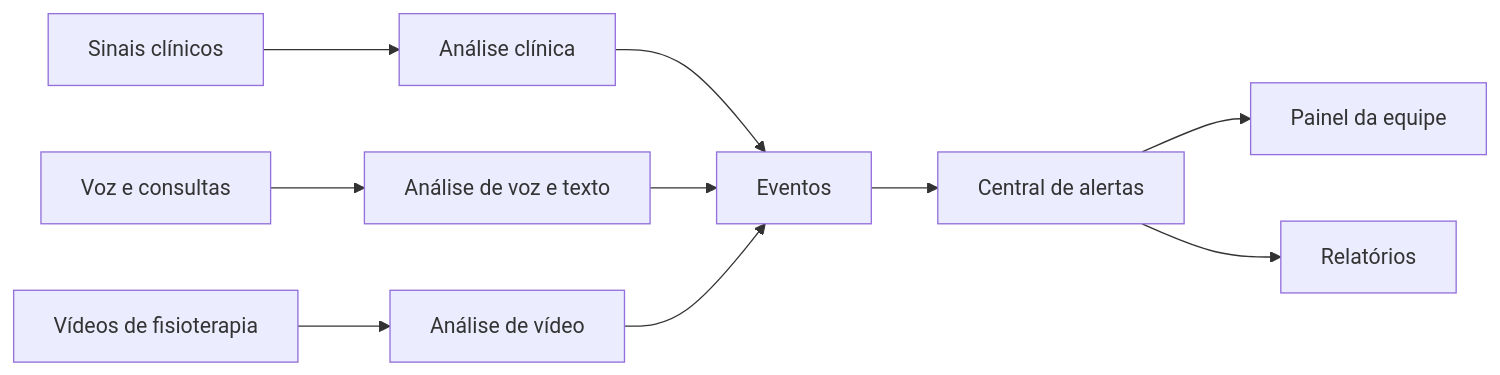
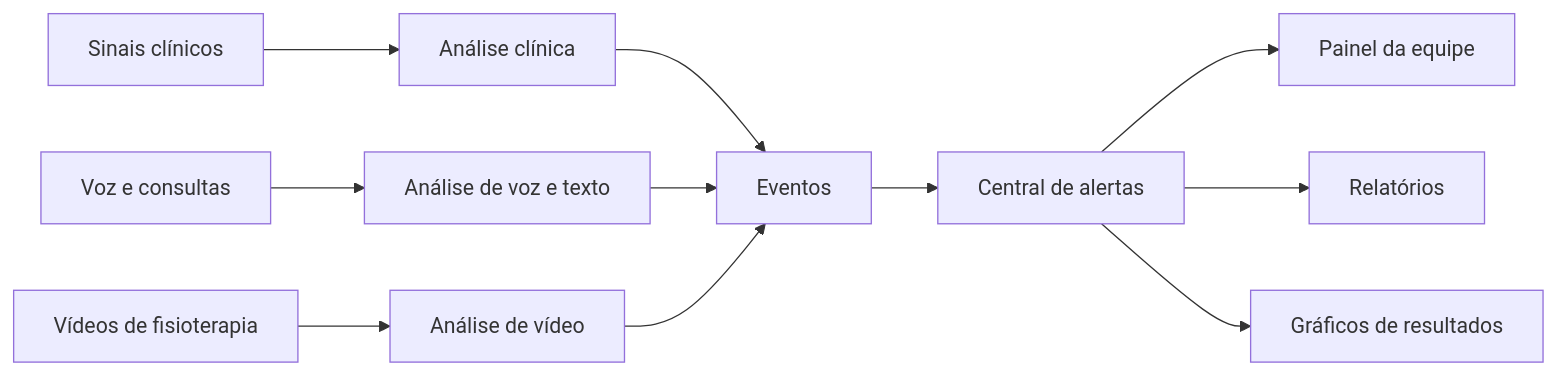
Before and after one commit to BrunoAkira/IA-Multimodal-Hospital: the first of 6 diagrams in ARCHITECTURE.md, drawn with Mermaid. The commit also changed other lines of this file and 4 other files, not shown here.

````diff
--- a/ARCHITECTURE.md
+++ b/ARCHITECTURE.md
@@ -14,12 +14,13 @@
 ```mermaid
 flowchart LR
     A[Sinais clínicos] --> M1[Análise clínica]
     B[Voz e consultas] --> M2[Análise de voz e texto]
     C[Vídeos de fisioterapia] --> M3[Análise de vídeo]
     M1 --> E[Eventos]
     M2 --> E
     M3 --> E
     E --> F[Central de alertas]
     F --> P[Painel da equipe]
     F --> R[Relatórios]
+    F --> G[Gráficos de resultados]
 ```
````
